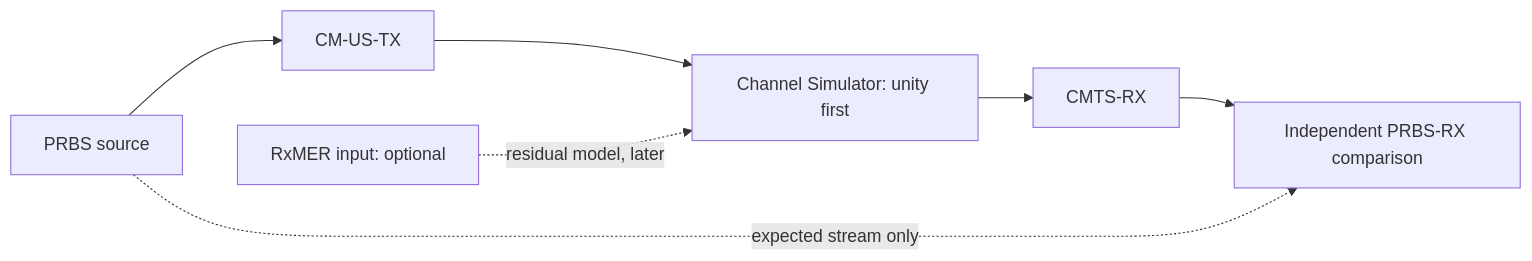
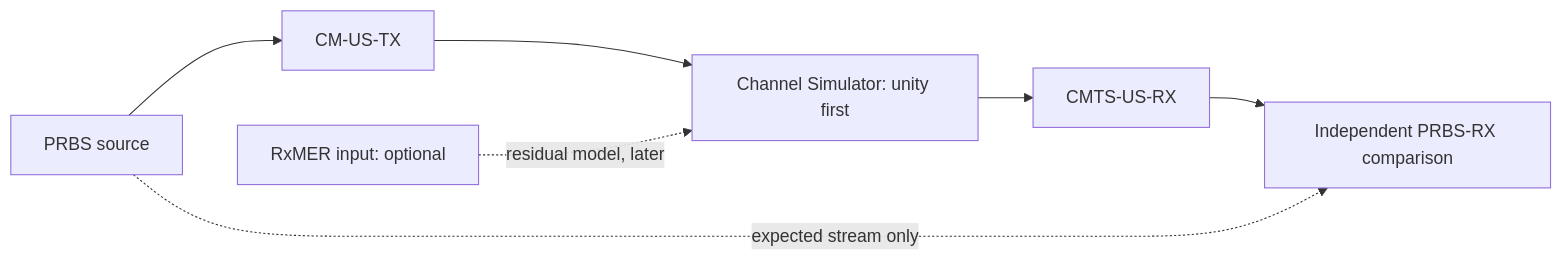
One commit to PyPNMApps/morgana changed the diagram in README.md. Above: the diagram before and after it, drawn with Mermaid. The commit also changed other lines of this file and 5 other files, not shown here.

Commit message:
Documentation: Rename receiver to CMTS-US-RX - Update diagrams, headings and planning references - Tests: Validation gate and section links pass

````diff
--- a/README.md
+++ b/README.md
@@ -93,9 +93,9 @@
 ```mermaid
 flowchart LR
     SOURCE[PRBS source] --> TX[CM-US-TX]
     TX --> CHANNEL[Channel Simulator: unity first]
     MER[RxMER input: optional] -. residual model, later .-> CHANNEL
-    CHANNEL --> RX[CMTS-RX]
+    CHANNEL --> RX[CMTS-US-RX]
     RX --> VERIFY[Independent PRBS-RX comparison]
     SOURCE -. expected stream only .-> VERIFY
 ```
````
